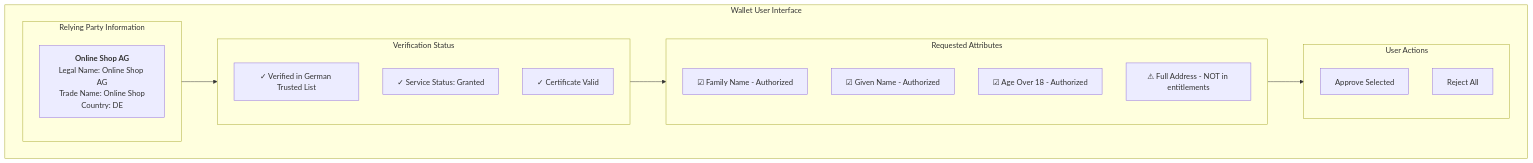
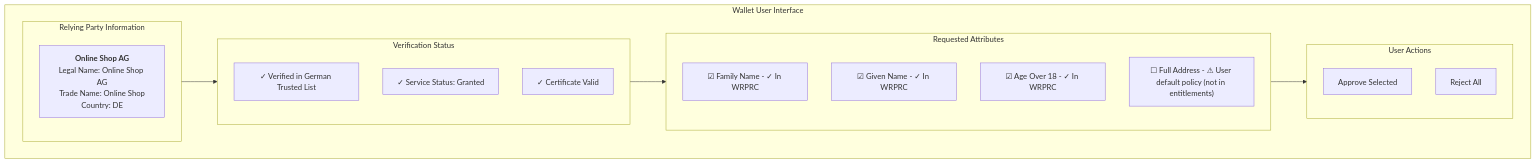
Diagram 11 of 11 in task2-trust-framework/wallet-policy-discovery.md (webuild-consortium/wp4-trust-group), drawn with Mermaid before and after one commit. The commit also changed other lines of this file, not shown here.

Commit message:
[task2] policy discovery long and intensive WG review

````diff
--- a/task2-trust-framework/wallet-policy-discovery.md
+++ b/task2-trust-framework/wallet-policy-discovery.md
@@ -742,30 +816,30 @@
 ```mermaid
 flowchart TD
     subgraph UI["Wallet User Interface"]
         subgraph RP_Info["Relying Party Information"]
             RP_Name["<b>Online Shop AG</b><br/>Legal Name: Online Shop AG<br/>Trade Name: Online Shop<br/>Country: DE"]
         end
         
         subgraph Verification["Verification Status"]
             V1["✓ Verified in German Trusted List"]
             V2["✓ Service Status: Granted"]
             V3["✓ Certificate Valid"]
         end
         
         subgraph Attributes["Requested Attributes"]
-            A1["☑ Family Name - Authorized"]
-            A2["☑ Given Name - Authorized"]
-            A3["☑ Age Over 18 - Authorized"]
-            A4["⚠ Full Address - NOT in entitlements"]
+            A1["☑ Family Name - ✓ In WRPRC"]
+            A2["☑ Given Name - ✓ In WRPRC"]
+            A3["☑ Age Over 18 - ✓ In WRPRC"]
+            A4["☐ Full Address - ⚠ User default policy (not in entitlements)"]
         end
         
         subgraph Actions["User Actions"]
             Approve["Approve Selected"]
             Reject["Reject All"]
         end
     end
     
-    RP_Info --> Verification
+        RP_Info --> Verification
     Verification --> Attributes
     Attributes --> Actions
 ```
````
